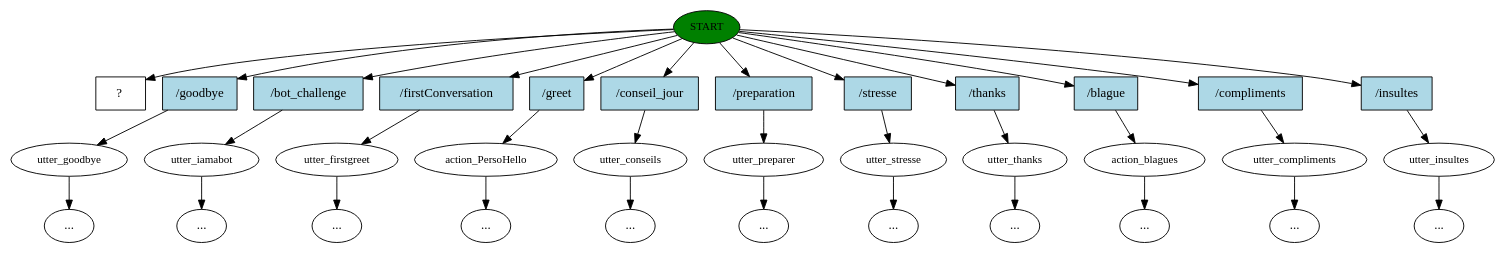
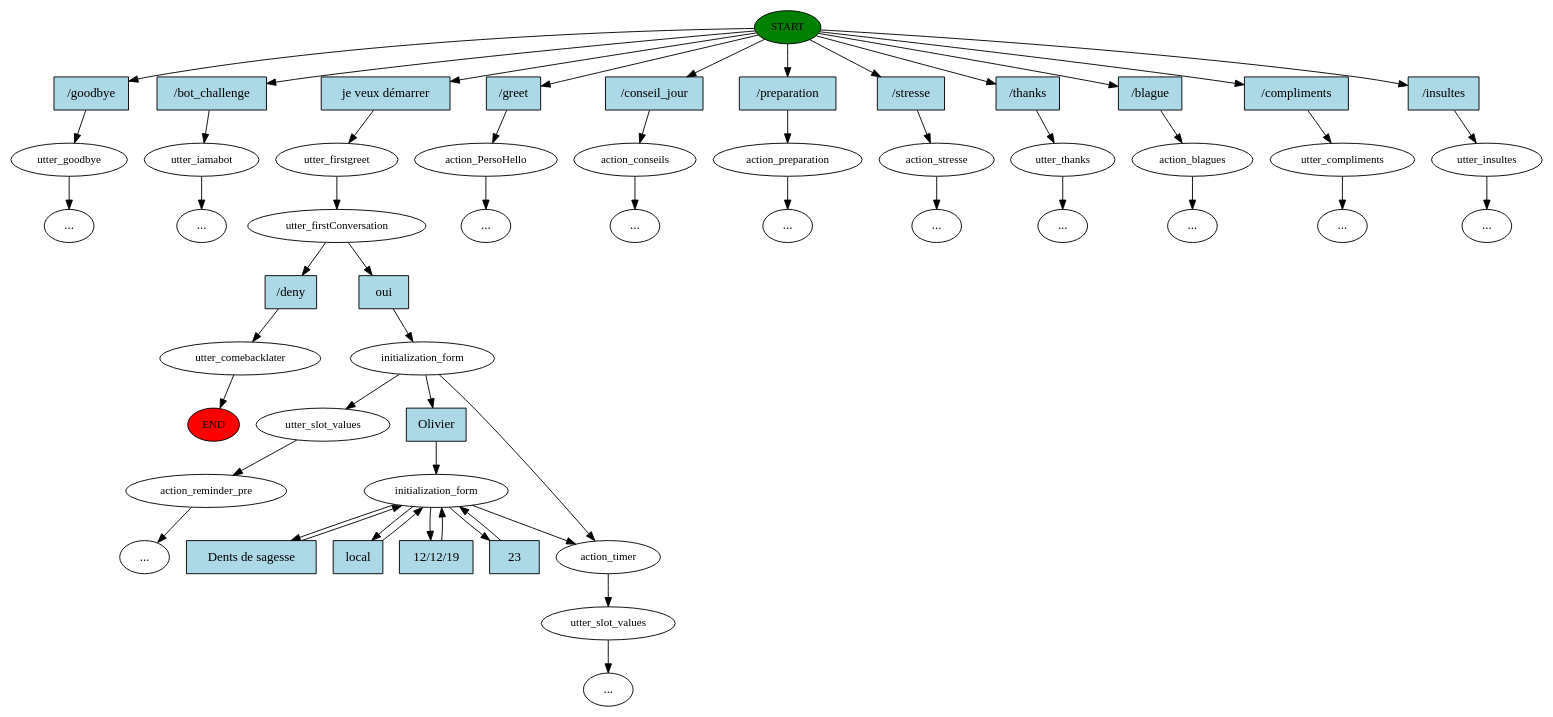
Before and after one commit to dowi-chatbot/chatbot: the diagram in story_graph.dot, drawn with Graphviz. The commit also changed 8 other files, not shown here.

Commit message:
:feat: add new slot type of intervention (local/general), add new slot timer and action change day from general menu

```diff
--- a/story_graph.dot
+++ b/story_graph.dot
@@ -1,71 +1,108 @@
 digraph  {
 0 [class="start active", fillcolor=green, fontsize=12, label=START, style=filled];
+"-1" [class=end, fillcolor=red, fontsize=12, label=END, style=filled];
 1 [class="", fontsize=12, label=utter_goodbye];
 "-3" [class=ellipsis, label="..."];
 2 [class="", fontsize=12, label=utter_iamabot];
 "-4" [class=ellipsis, label="..."];
-3 [class="", fontsize=12, label=utter_firstgreet];
+3 [class=active, fontsize=12, label=utter_firstgreet];
+4 [class=active, fontsize=12, label=utter_firstConversation];
+5 [class="", fontsize=12, label=utter_comebacklater];
+8 [class=active, fontsize=12, label=initialization_form];
+9 [class=active, fontsize=12, label=action_timer];
+10 [class="dashed active", fontsize=12, label=utter_slot_values];
+"-5" [class=ellipsis, label="..."];
+11 [class="", fontsize=12, label=action_PersoHello];
 "-6" [class=ellipsis, label="..."];
-5 [class="", fontsize=12, label=action_PersoHello];
+12 [class="", fontsize=12, label=action_conseils];
 "-7" [class=ellipsis, label="..."];
-6 [class="", fontsize=12, label=utter_conseils];
+13 [class="", fontsize=12, label=action_preparation];
 "-8" [class=ellipsis, label="..."];
-7 [class="", fontsize=12, label=utter_preparer];
+14 [class="", fontsize=12, label=action_stresse];
 "-9" [class=ellipsis, label="..."];
-8 [class="", fontsize=12, label=utter_stresse];
+15 [class="", fontsize=12, label=utter_thanks];
 "-10" [class=ellipsis, label="..."];
-9 [class="", fontsize=12, label=utter_thanks];
+16 [class="", fontsize=12, label=action_blagues];
 "-11" [class=ellipsis, label="..."];
-10 [class="", fontsize=12, label=action_blagues];
+17 [class="", fontsize=12, label=utter_compliments];
 "-12" [class=ellipsis, label="..."];
-11 [class="", fontsize=12, label=utter_compliments];
+18 [class="", fontsize=12, label=utter_insultes];
 "-13" [class=ellipsis, label="..."];
-12 [class="", fontsize=12, label=utter_insultes];
+22 [class="", fontsize=12, label=utter_slot_values];
+23 [class="", fontsize=12, label=action_reminder_pre];
 "-14" [class=ellipsis, label="..."];
-13 [class="intent dashed active", label="  ?  ", shape=rect];
-14 [class=intent, fillcolor=lightblue, label="/goodbye", shape=rect, style=filled];
-15 [class=intent, fillcolor=lightblue, label="/bot_challenge", shape=rect, style=filled];
-16 [class=intent, fillcolor=lightblue, label="/firstConversation", shape=rect, style=filled];
-17 [class=intent, fillcolor=lightblue, label="/greet", shape=rect, style=filled];
-18 [class=intent, fillcolor=lightblue, label="/conseil_jour", shape=rect, style=filled];
-19 [class=intent, fillcolor=lightblue, label="/preparation", shape=rect, style=filled];
-20 [class=intent, fillcolor=lightblue, label="/stresse", shape=rect, style=filled];
-21 [class=intent, fillcolor=lightblue, label="/thanks", shape=rect, style=filled];
-22 [class=intent, fillcolor=lightblue, label="/blague", shape=rect, style=filled];
-23 [class=intent, fillcolor=lightblue, label="/compliments", shape=rect, style=filled];
-24 [class=intent, fillcolor=lightblue, label="/insultes", shape=rect, style=filled];
-0 -> 13  [class=active, key=NONE, label=""];
-0 -> 14  [class="", key=0];
-0 -> 15  [class="", key=0];
-0 -> 16  [class="", key=0];
-0 -> 17  [class="", key=0];
-0 -> 18  [class="", key=0];
-0 -> 19  [class="", key=0];
-0 -> 20  [class="", key=0];
-0 -> 21  [class="", key=0];
-0 -> 22  [class="", key=0];
-0 -> 23  [class="", key=0];
-0 -> 24  [class="", key=0];
+27 [class=active, fontsize=12, label=initialization_form];
+34 [class=intent, fillcolor=lightblue, label="/goodbye", shape=rect, style=filled];
+35 [class=intent, fillcolor=lightblue, label="/bot_challenge", shape=rect, style=filled];
+36 [class="intent active", fillcolor=lightblue, label="je veux démarrer", shape=rect, style=filled];
+37 [class=intent, fillcolor=lightblue, label="/greet", shape=rect, style=filled];
+38 [class=intent, fillcolor=lightblue, label="/conseil_jour", shape=rect, style=filled];
+39 [class=intent, fillcolor=lightblue, label="/preparation", shape=rect, style=filled];
+40 [class=intent, fillcolor=lightblue, label="/stresse", shape=rect, style=filled];
+41 [class=intent, fillcolor=lightblue, label="/thanks", shape=rect, style=filled];
+42 [class=intent, fillcolor=lightblue, label="/blague", shape=rect, style=filled];
+43 [class=intent, fillcolor=lightblue, label="/compliments", shape=rect, style=filled];
+44 [class=intent, fillcolor=lightblue, label="/insultes", shape=rect, style=filled];
+45 [class=intent, fillcolor=lightblue, label="/deny", shape=rect, style=filled];
+46 [class="intent active", fillcolor=lightblue, label=oui, shape=rect, style=filled];
+47 [class="intent active", fillcolor=lightblue, label=Olivier, shape=rect, style=filled];
+48 [class="intent active", fillcolor=lightblue, label=23, shape=rect, style=filled];
+49 [class="intent active", fillcolor=lightblue, label="Dents de sagesse", shape=rect, style=filled];
+50 [class="intent active", fillcolor=lightblue, label=local, shape=rect, style=filled];
+51 [class="intent active", fillcolor=lightblue, label="12/12/19", shape=rect, style=filled];
+0 -> 34  [class="", key=0];
+0 -> 35  [class="", key=0];
+0 -> 36  [class=active, key=0];
+0 -> 37  [class="", key=0];
+0 -> 38  [class="", key=0];
+0 -> 39  [class="", key=0];
+0 -> 40  [class="", key=0];
+0 -> 41  [class="", key=0];
+0 -> 42  [class="", key=0];
+0 -> 43  [class="", key=0];
+0 -> 44  [class="", key=0];
 1 -> "-3"  [class="", key=NONE, label=""];
 2 -> "-4"  [class="", key=NONE, label=""];
-3 -> "-6"  [class="", key=NONE, label=""];
-5 -> "-7"  [class="", key=NONE, label=""];
-6 -> "-8"  [class="", key=NONE, label=""];
-7 -> "-9"  [class="", key=NONE, label=""];
-8 -> "-10"  [class="", key=NONE, label=""];
-9 -> "-11"  [class="", key=NONE, label=""];
-10 -> "-12"  [class="", key=NONE, label=""];
-11 -> "-13"  [class="", key=NONE, label=""];
-12 -> "-14"  [class="", key=NONE, label=""];
-14 -> 1  [class="", key=0];
-15 -> 2  [class="", key=0];
-16 -> 3  [class="", key=0];
-17 -> 5  [class="", key=0];
-18 -> 6  [class="", key=0];
-19 -> 7  [class="", key=0];
-20 -> 8  [class="", key=0];
-21 -> 9  [class="", key=0];
-22 -> 10  [class="", key=0];
-23 -> 11  [class="", key=0];
-24 -> 12  [class="", key=0];
+3 -> 4  [class=active, key=NONE, label=""];
+4 -> 45  [class="", key=0];
+4 -> 46  [class=active, key=0];
+5 -> "-1"  [class="", key=NONE, label=""];
+8 -> 9  [class="", key=NONE, label=""];
+8 -> 22  [class="", key=NONE, label=""];
+8 -> 47  [class=active, key=0];
+9 -> 10  [class=active, key=NONE, label=""];
+10 -> "-5"  [class="", key=NONE, label=""];
+11 -> "-6"  [class="", key=NONE, label=""];
+12 -> "-7"  [class="", key=NONE, label=""];
+13 -> "-8"  [class="", key=NONE, label=""];
+14 -> "-9"  [class="", key=NONE, label=""];
+15 -> "-10"  [class="", key=NONE, label=""];
+16 -> "-11"  [class="", key=NONE, label=""];
+17 -> "-12"  [class="", key=NONE, label=""];
+18 -> "-13"  [class="", key=NONE, label=""];
+22 -> 23  [class="", key=NONE, label=""];
+23 -> "-14"  [class="", key=NONE, label=""];
+27 -> 9  [class=active, key=NONE, label=""];
+27 -> 48  [class=active, key=0];
+27 -> 49  [class=active, key=0];
+27 -> 50  [class=active, key=0];
+27 -> 51  [class=active, key=0];
+34 -> 1  [class="", key=0];
+35 -> 2  [class="", key=0];
+36 -> 3  [class=active, key=0];
+37 -> 11  [class="", key=0];
+38 -> 12  [class="", key=0];
+39 -> 13  [class="", key=0];
+40 -> 14  [class="", key=0];
+41 -> 15  [class="", key=0];
+42 -> 16  [class="", key=0];
+43 -> 17  [class="", key=0];
+44 -> 18  [class="", key=0];
+45 -> 5  [class="", key=0];
+46 -> 8  [class=active, key=0];
+47 -> 27  [class=active, key=0];
+48 -> 27  [class=active, key=0];
+49 -> 27  [class=active, key=0];
+50 -> 27  [class=active, key=0];
+51 -> 27  [class=active, key=0];
 }
```
